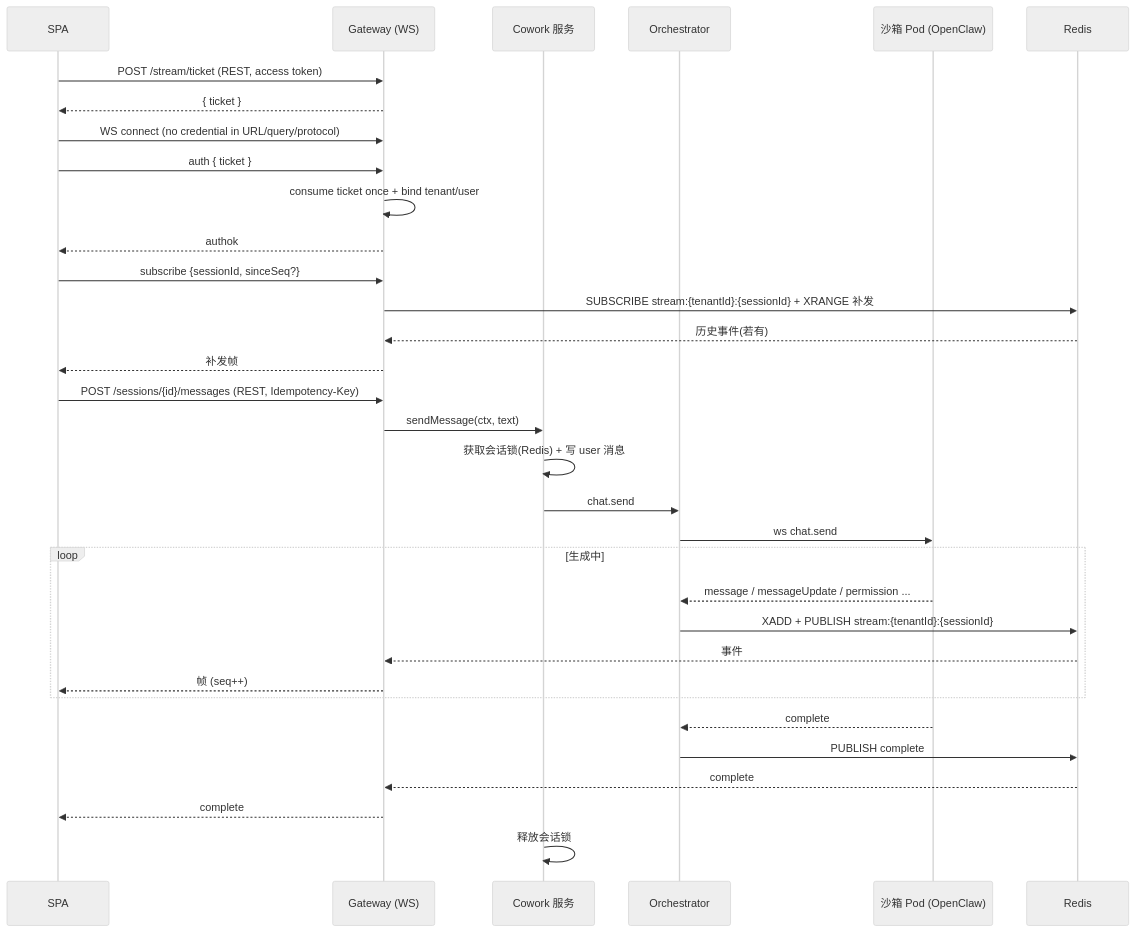
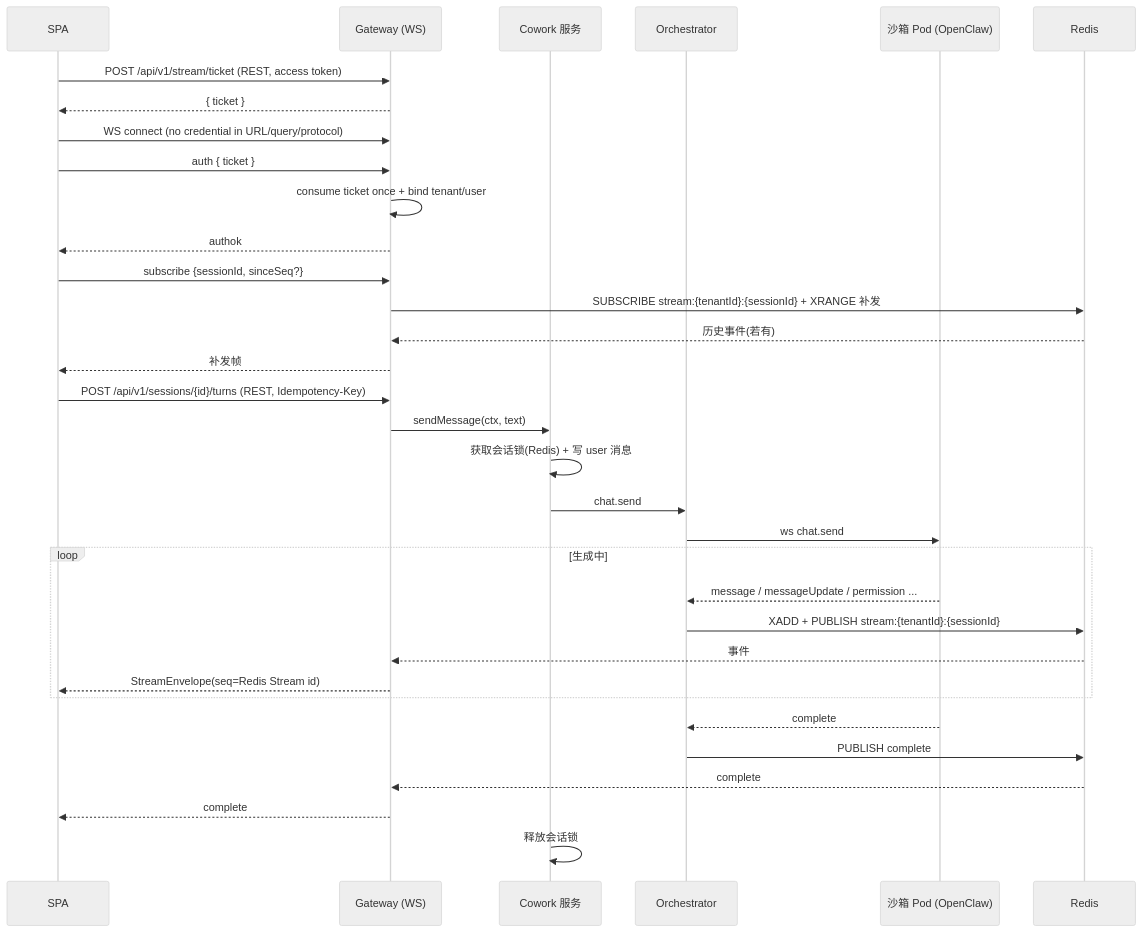
Before and after one commit to edward-ng-duke/LobsterAI: the second of 3 diagrams in 改造计划/04-后端服务与API设计.md, drawn with Mermaid (neutral theme). The commit also changed other lines of this file and 27 other files, not shown here.

````diff
--- a/改造计划/04-后端服务与API设计.md
+++ b/改造计划/04-后端服务与API设计.md
@@ -318,37 +358,37 @@
 ```mermaid
 sequenceDiagram
   participant C as SPA
   participant GW as Gateway (WS)
   participant CW as Cowork 服务
   participant OR as Orchestrator
   participant POD as 沙箱 Pod (OpenClaw)
   participant RS as Redis
 
-  C->>GW: POST /stream/ticket (REST, access token)
+  C->>GW: POST /api/v1/stream/ticket (REST, access token)
   GW-->>C: { ticket }
   C->>GW: WS connect (no credential in URL/query/protocol)
   C->>GW: auth { ticket }
   GW->>GW: consume ticket once + bind tenant/user
   GW-->>C: authok
   C->>GW: subscribe {sessionId, sinceSeq?}
   GW->>RS: SUBSCRIBE stream:{tenantId}:{sessionId} + XRANGE 补发
   RS-->>GW: 历史事件(若有)
   GW-->>C: 补发帧
 
-  C->>GW: POST /sessions/{id}/messages (REST, Idempotency-Key)
+  C->>GW: POST /api/v1/sessions/{id}/turns (REST, Idempotency-Key)
   GW->>CW: sendMessage(ctx, text)
   CW->>CW: 获取会话锁(Redis) + 写 user 消息
   CW->>OR: chat.send
   OR->>POD: ws chat.send
   loop 生成中
     POD-->>OR: message / messageUpdate / permission ...
     OR->>RS: XADD + PUBLISH stream:{tenantId}:{sessionId}
     RS-->>GW: 事件
-    GW-->>C: 帧 (seq++)
+    GW-->>C: StreamEnvelope(seq=Redis Stream id)
   end
   POD-->>OR: complete
   OR->>RS: PUBLISH complete
   RS-->>GW: complete
   GW-->>C: complete
   CW->>CW: 释放会话锁
 ```
````
